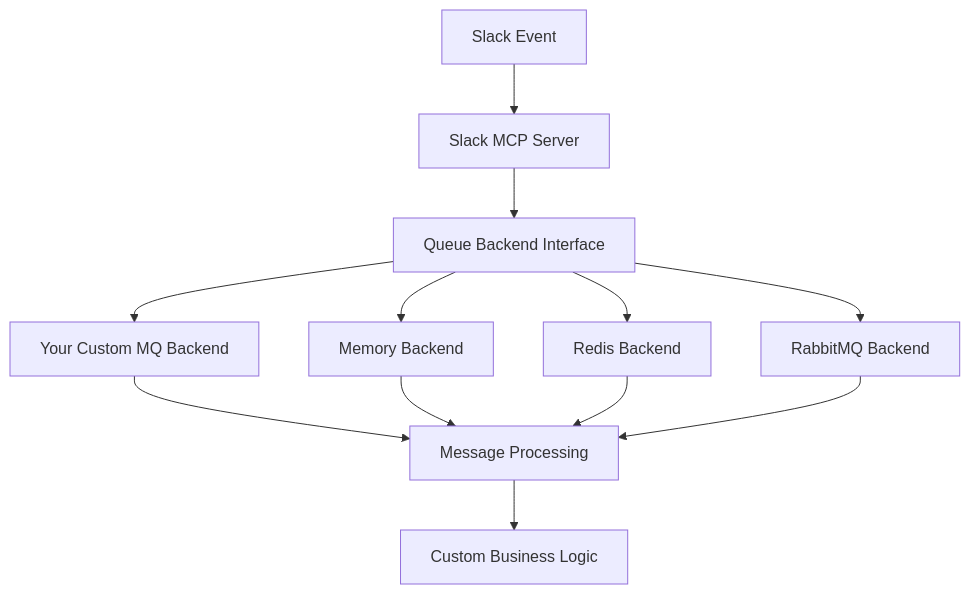
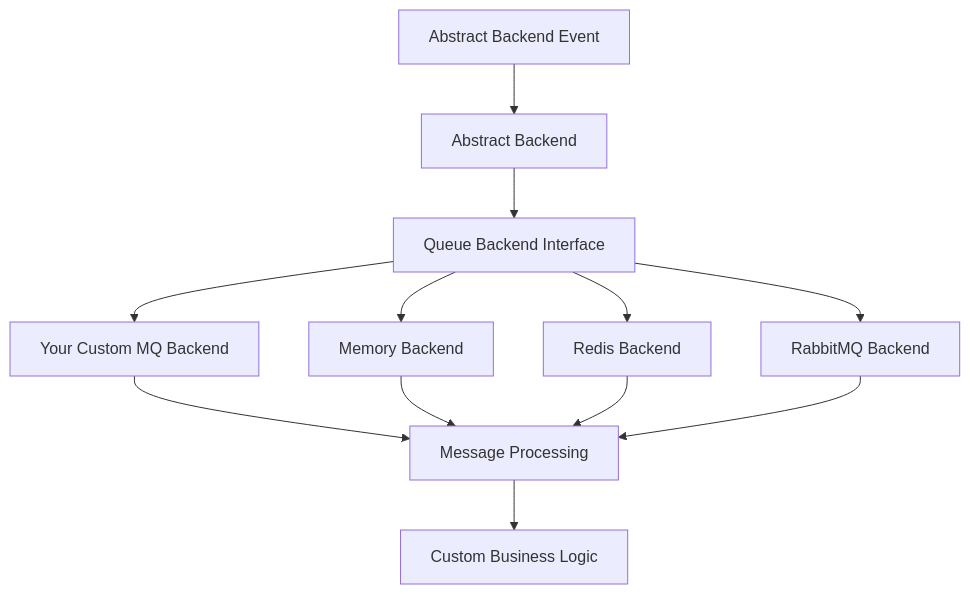
Before and after one commit to Chisanan232/abe-redis: the diagram in docs/contents/document/api-references/index.mdx, drawn with Mermaid. The commit also changed other lines of this file and 67 other files, not shown here.

````diff
--- a/docs/contents/document/api-references/index.mdx
+++ b/docs/contents/document/api-references/index.mdx
@@ -24,16 +24,16 @@
 ```mermaid
 graph TB
-    A[Slack Event] --> B[Slack MCP Server]
+    A[Abstract Backend Event] --> B[Abstract Backend]
     B --> C[Queue Backend Interface]
     C --> D[Your Custom MQ Backend]
     C --> E[Memory Backend]
     C --> F[Redis Backend]
     C --> G[RabbitMQ Backend]
     
     D --> H[Message Processing]
     E --> H
     F --> H
     G --> H
     
     H --> I[Custom Business Logic]
 ```
````
